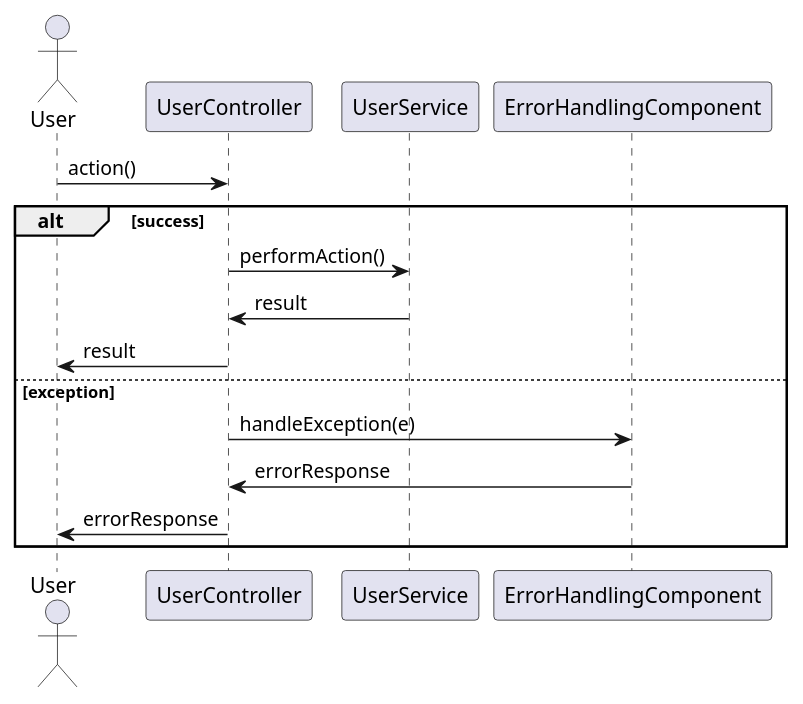
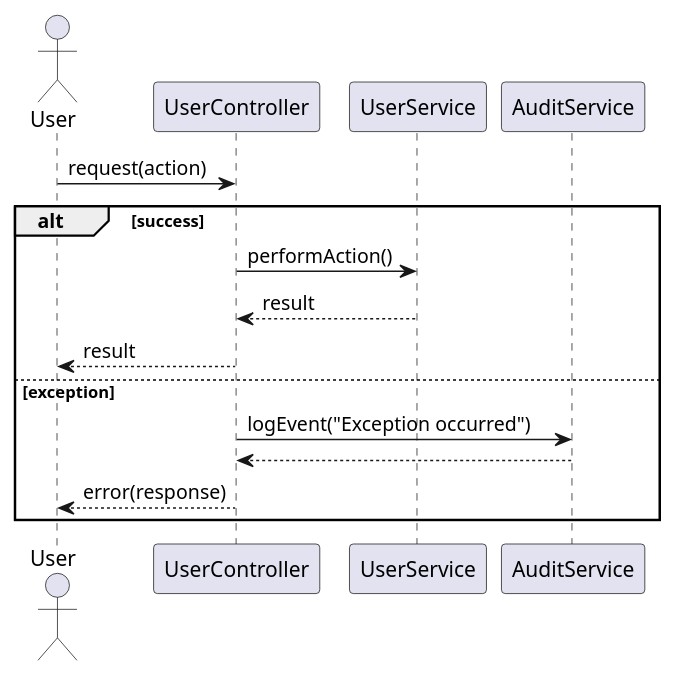
Before and after one commit to shreya-cn/autodev.ai: the fourth of 5 diagrams in identityprovider/documentation/detaileddesign.adoc, drawn with PlantUML. The commit also changed other lines of this file and 3 other files, not shown here.

````diff
--- a/identityprovider/documentation/detaileddesign.adoc
+++ b/identityprovider/documentation/detaileddesign.adoc
@@ -317,20 +370,19 @@
-[plantuml, exception-handling-sequence, png]
-----
+```plantuml
 @startuml
 actor User
 participant UserController
 participant UserService
-participant ErrorHandlingComponent
+participant AuditService
 
-User -> UserController : action()
+User -> UserController : request(action)
 alt success
-  UserController -> UserService : performAction()
-  UserService -> UserController : result
-  UserController -> User : result
+    UserController -> UserService : performAction()
+    UserService --> UserController : result
+    UserController --> User : result
 else exception
-  UserController -> ErrorHandlingComponent : handleException(e)
-  ErrorHandlingComponent -> UserController : errorResponse
-  UserController -> User : errorResponse
+    UserController -> AuditService : logEvent("Exception occurred")
+    AuditService --> UserController
+    UserController --> User : error(response)
 end
 @enduml
-----
+```
````
